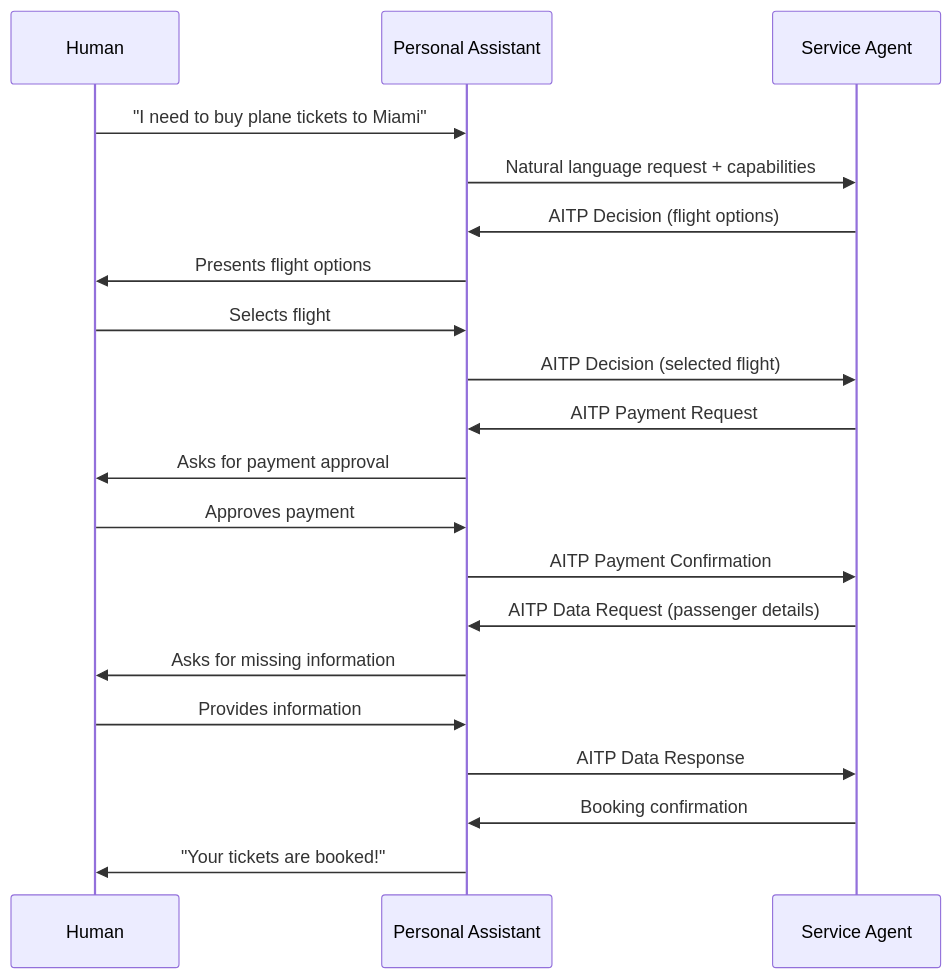
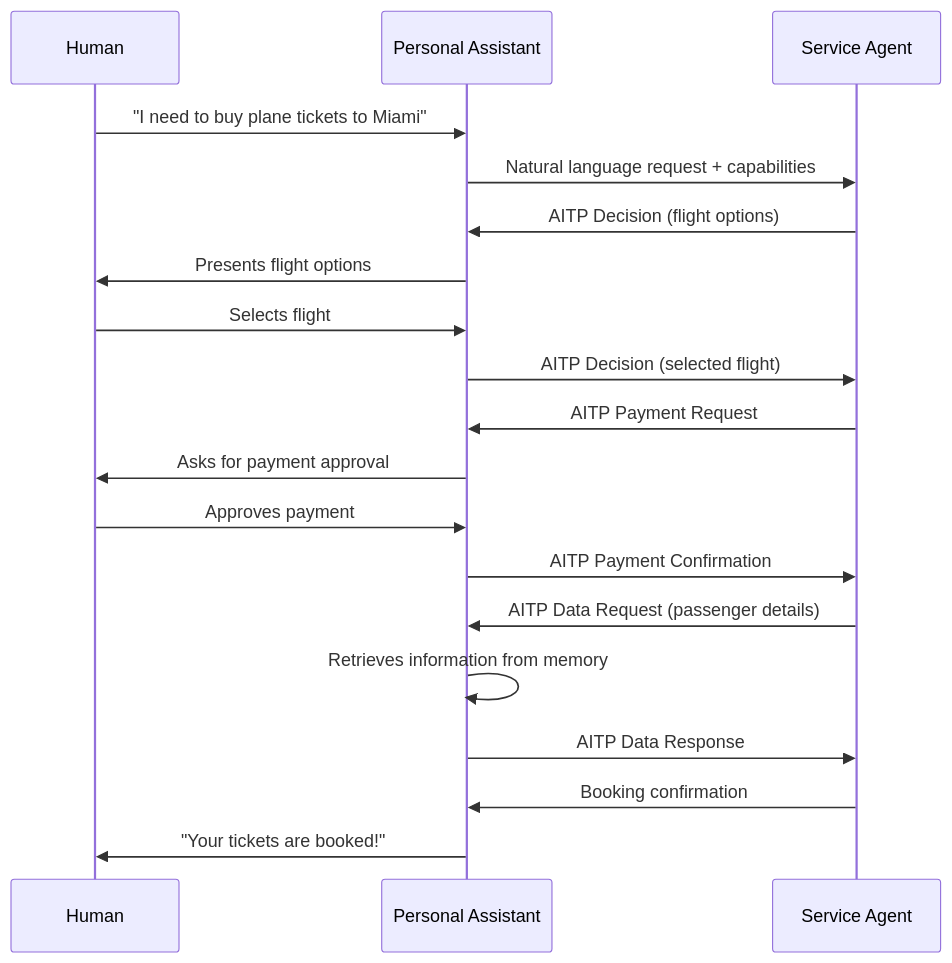
Before and after one commit to nearai/aitp: the diagram in website/docs/vision.md, drawn with Mermaid. The commit also changed other lines of this file and 8 other files, not shown here.

````diff
--- a/website/docs/vision.md
+++ b/website/docs/vision.md
@@ -66,23 +29,22 @@
 ```mermaid
 sequenceDiagram
     participant H as Human
     participant PA as Personal Assistant
     participant SA as Service Agent
     
     H->>PA: "I need to buy plane tickets to Miami"
     PA->>SA: Natural language request + capabilities
     SA->>PA: AITP Decision (flight options)
     PA->>H: Presents flight options
     H->>PA: Selects flight
     PA->>SA: AITP Decision (selected flight)
     SA->>PA: AITP Payment Request
     PA->>H: Asks for payment approval
     H->>PA: Approves payment
     PA->>SA: AITP Payment Confirmation
     SA->>PA: AITP Data Request (passenger details)
-    PA->>H: Asks for missing information
-    H->>PA: Provides information
+    PA->>PA: Retrieves information from memory
     PA->>SA: AITP Data Response
     SA->>PA: Booking confirmation
     PA->>H: "Your tickets are booked!"
 ```
````
